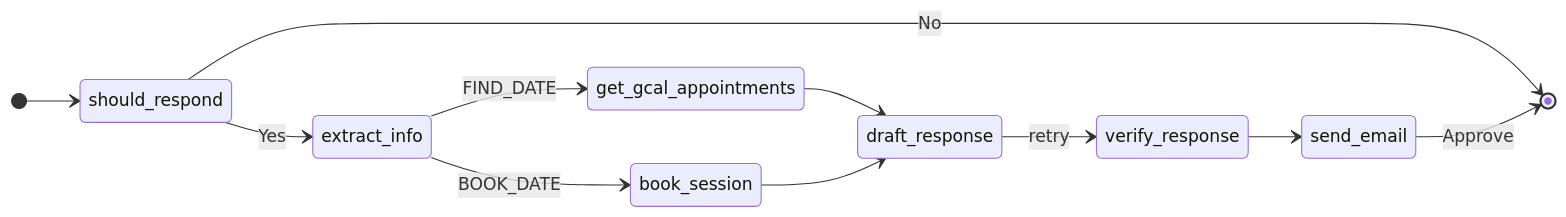
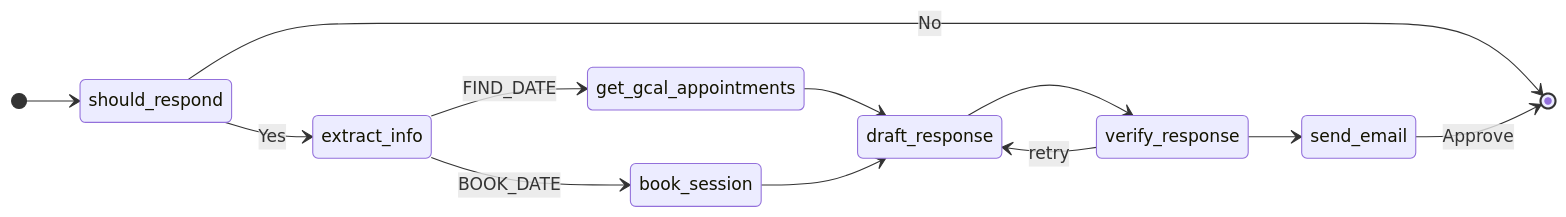
One commit to alex-osman/tatbot changed the diagram in README.md. Above: the diagram before and after it, drawn with Mermaid. The commit also changed other lines of this file, not shown here.

````diff
--- a/README.md
+++ b/README.md
@@ -9,14 +9,15 @@
 ```mermaid
 stateDiagram
     direction lr
     [*] --> should_respond
     should_respond --> extract_info : Yes
     should_respond --> [*] : No
     extract_info --> get_gcal_appointments : FIND_DATE
     extract_info --> book_session : BOOK_DATE
     get_gcal_appointments --> draft_response
     book_session --> draft_response
-    draft_response --> verify_response: retry
+    draft_response --> verify_response
+    verify_response --> draft_response: retry
     verify_response --> send_email
     send_email --> [*] : Approve
 ```
````
